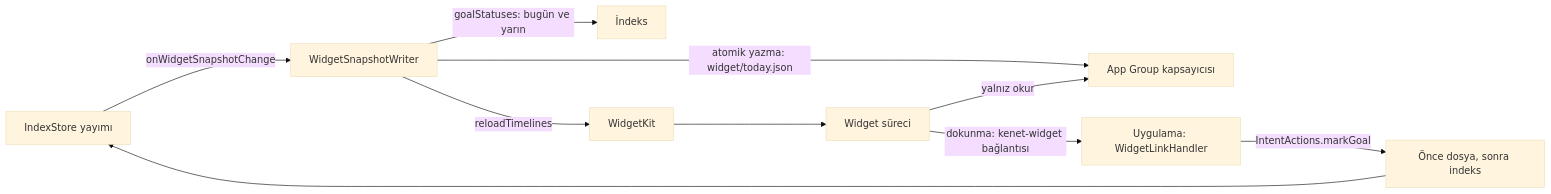
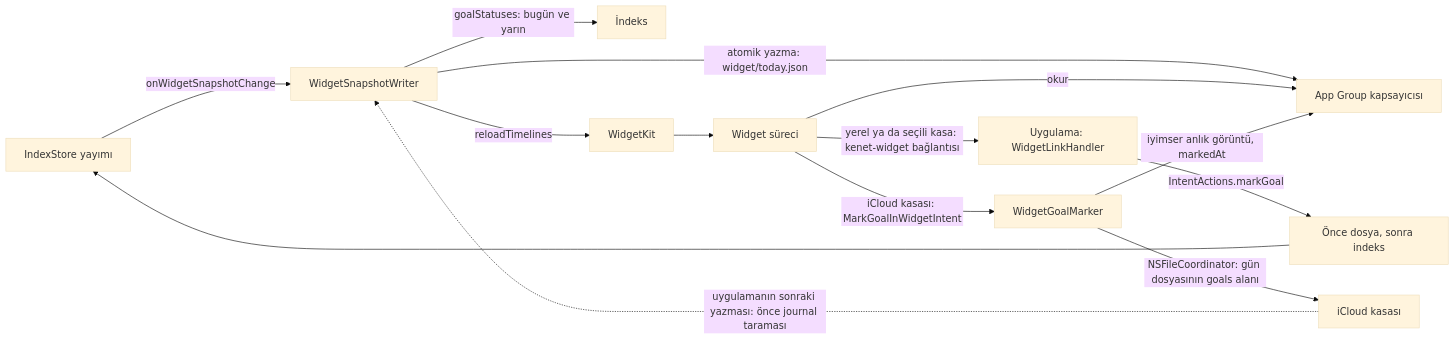
One commit to dogancanyildiz/kenet changed diagram 20 of 21 in docs/architecture.md. Above: the diagram before and after it, drawn with Mermaid (base theme). The commit also changed other lines of this file and 16 other files, not shown here.

Commit message:
feat: widget içinden tek dokunuşla hedef işaretleme (iCloud kasası) ve yenileme güvenilirliği (#325)

````diff
--- a/docs/architecture.md
+++ b/docs/architecture.md
@@ -1132,12 +1132,16 @@
 ```mermaid
 flowchart LR
   Yayim["IndexStore yayımı"] -->|"onWidgetSnapshotChange"| Yazici["WidgetSnapshotWriter"]
   Yazici -->|"goalStatuses: bugün ve yarın"| Indeks["İndeks"]
   Yazici -->|"atomik yazma: widget/today.json"| Grup["App Group kapsayıcısı"]
   Yazici -->|"reloadTimelines"| WK["WidgetKit"]
   WK --> Widget["Widget süreci"]
-  Widget -->|"yalnız okur"| Grup
-  Widget -->|"dokunma: kenet-widget bağlantısı"| Uygulama["Uygulama: WidgetLinkHandler"]
+  Widget -->|"okur"| Grup
+  Widget -->|"yerel ya da seçili kasa: kenet-widget bağlantısı"| Uygulama["Uygulama: WidgetLinkHandler"]
   Uygulama -->|"IntentActions.markGoal"| Yazma["Önce dosya, sonra indeks"]
   Yazma --> Yayim
+  Widget -->|"iCloud kasası: MarkGoalInWidgetIntent"| Isaret["WidgetGoalMarker"]
+  Isaret -->|"NSFileCoordinator: gün dosyasının goals alanı"| Kasa["iCloud kasası"]
+  Isaret -->|"iyimser anlık görüntü, markedAt"| Grup
+  Kasa -.->|"uygulamanın sonraki yazması: önce journal taraması"| Yazici
 ```
````
